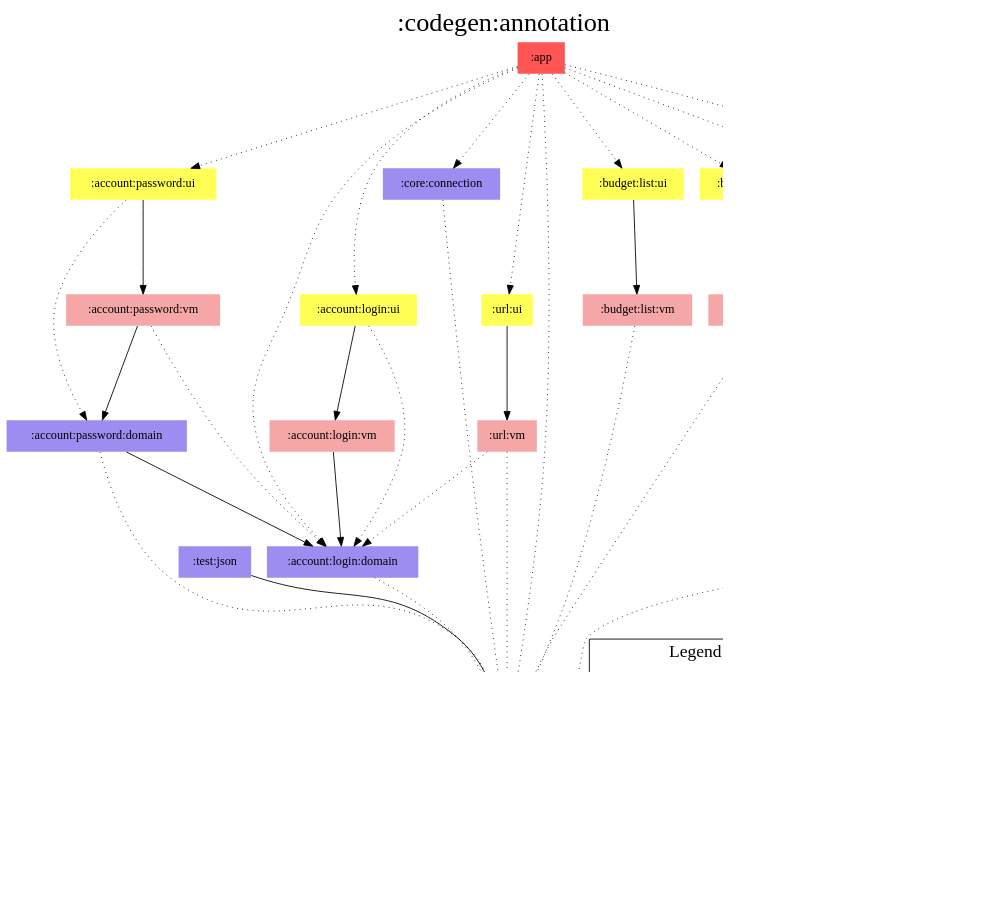
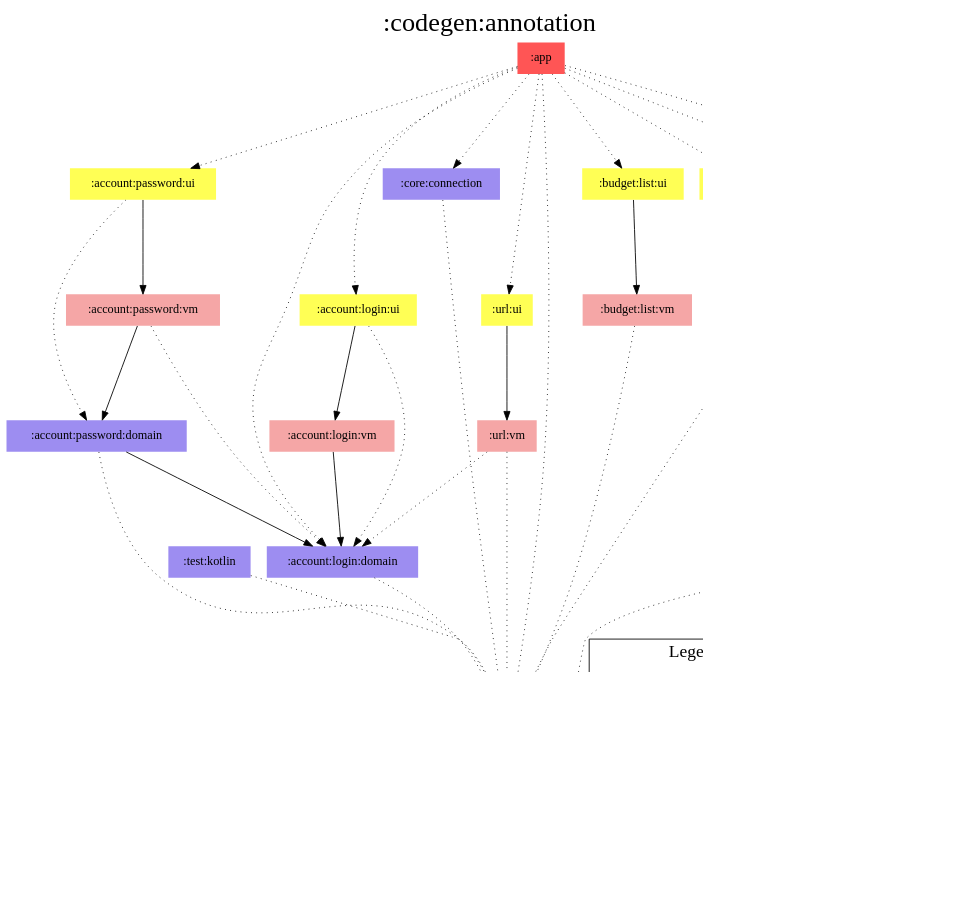
The diagram in modules/codegen/annotation/modules.dot (jonapoul/aktual), drawn with Graphviz before and after one commit. The commit also changed 217 other files, not shown here.

```diff
--- a/modules/codegen/annotation/modules.dot
+++ b/modules/codegen/annotation/modules.dot
@@ -1,83 +1,83 @@
 digraph {
 edge ["dir"="forward"]
 graph ["dpi"="100","label"=":codegen:annotation","labelloc"="t","fontsize"="30","ranksep"="1.5","rankdir"="TB"]
 node ["style"="filled"]
-":about:info:data" ["fillcolor"="#9D8DF1","shape"="none"]
-":about:info:ui" ["fillcolor"="#FFFF55","shape"="none"]
-":about:info:vm" ["fillcolor"="#F5A6A6","shape"="none"]
+":about:data" ["fillcolor"="#9D8DF1","shape"="none"]
+":about:ui" ["fillcolor"="#FFFF55","shape"="none"]
+":about:vm" ["fillcolor"="#F5A6A6","shape"="none"]
 ":account:login:domain" ["fillcolor"="#9D8DF1","shape"="none"]
 ":account:login:ui" ["fillcolor"="#FFFF55","shape"="none"]
 ":account:login:vm" ["fillcolor"="#F5A6A6","shape"="none"]
 ":account:password:domain" ["fillcolor"="#9D8DF1","shape"="none"]
 ":account:password:ui" ["fillcolor"="#FFFF55","shape"="none"]
 ":account:password:vm" ["fillcolor"="#F5A6A6","shape"="none"]
 ":api:actual" ["fillcolor"="#9D8DF1","shape"="none"]
 ":api:github" ["fillcolor"="#9D8DF1","shape"="none"]
 ":app" ["fillcolor"="#FF5555","shape"="none"]
 ":budget:list:ui" ["fillcolor"="#FFFF55","shape"="none"]
 ":budget:list:vm" ["fillcolor"="#F5A6A6","shape"="none"]
 ":budget:sync:ui" ["fillcolor"="#FFFF55","shape"="none"]
 ":budget:sync:vm" ["fillcolor"="#F5A6A6","shape"="none"]
 ":codegen:annotation" ["fillcolor"="#9D8DF1","color"="black","penwidth"="3","shape"="box"]
 ":codegen:ksp" ["fillcolor"="#8000FF","shape"="none"]
 ":core:connection" ["fillcolor"="#9D8DF1","shape"="none"]
 ":core:di" ["fillcolor"="#FCB103","shape"="none"]
-":test:json" ["fillcolor"="#9D8DF1","shape"="none"]
+":test:kotlin" ["fillcolor"="#9D8DF1","shape"="none"]
 ":url:ui" ["fillcolor"="#FFFF55","shape"="none"]
 ":url:vm" ["fillcolor"="#F5A6A6","shape"="none"]
 {
 edge ["dir"="none"]
 graph ["rank"="same"]
 ":codegen:annotation"
 }
-":about:info:data" -> ":api:github"
-":about:info:ui" -> ":about:info:vm"
-":about:info:vm" -> ":about:info:data"
+":about:data" -> ":api:github"
+":about:ui" -> ":about:vm"
+":about:vm" -> ":about:data"
 ":account:login:domain" -> ":api:actual" ["style"="dotted"]
 ":account:login:ui" -> ":account:login:domain" ["style"="dotted"]
 ":account:login:ui" -> ":account:login:vm"
 ":account:login:vm" -> ":account:login:domain"
 ":account:password:domain" -> ":account:login:domain"
 ":account:password:domain" -> ":api:actual" ["style"="dotted"]
 ":account:password:ui" -> ":account:password:domain" ["style"="dotted"]
 ":account:password:ui" -> ":account:password:vm"
 ":account:password:vm" -> ":account:login:domain" ["style"="dotted"]
 ":account:password:vm" -> ":account:password:domain"
 ":api:actual" -> ":codegen:annotation" ["style"="dotted"]
 ":api:github" -> ":codegen:annotation" ["style"="dotted"]
-":app" -> ":about:info:ui" ["style"="dotted"]
+":app" -> ":about:ui" ["style"="dotted"]
 ":app" -> ":account:login:domain" ["style"="dotted"]
 ":app" -> ":account:login:ui" ["style"="dotted"]
 ":app" -> ":account:password:ui" ["style"="dotted"]
 ":app" -> ":api:actual" ["style"="dotted"]
 ":app" -> ":budget:list:ui" ["style"="dotted"]
 ":app" -> ":budget:sync:ui" ["style"="dotted"]
 ":app" -> ":core:connection" ["style"="dotted"]
 ":app" -> ":core:di" ["style"="dotted"]
 ":app" -> ":url:ui" ["style"="dotted"]
 ":budget:list:ui" -> ":budget:list:vm"
 ":budget:list:vm" -> ":api:actual" ["style"="dotted"]
 ":budget:sync:ui" -> ":budget:sync:vm"
 ":budget:sync:vm" -> ":api:actual" ["style"="dotted"]
 ":codegen:ksp" -> ":codegen:annotation" ["style"="dotted"]
 ":core:connection" -> ":api:actual" ["style"="dotted"]
 ":core:di" -> ":api:github"
-":test:json" -> ":api:actual"
+":test:kotlin" -> ":api:actual" ["style"="dotted"]
 ":url:ui" -> ":url:vm"
 ":url:vm" -> ":account:login:domain" ["style"="dotted"]
 ":url:vm" -> ":api:actual" ["style"="dotted"]
 subgraph "cluster_legend" {
 edge ["dir"="none"]
 graph ["label"="Legend","fontsize"="20"]
 "Legend" ["style"="filled","fillcolor"="#FFFFFF","shape"="none","margin"="0","fontsize"="15","label"=<
 <TABLE BORDER="0" CELLBORDER="0" CELLSPACING="0" CELLPADDING="4">
 <TR><TD>App</TD><TD BGCOLOR="#FF5555">module-name</TD></TR>
 <TR><TD>ViewModel</TD><TD BGCOLOR="#F5A6A6">module-name</TD></TR>
 <TR><TD>Hilt</TD><TD BGCOLOR="#FCB103">module-name</TD></TR>
 <TR><TD>Compose</TD><TD BGCOLOR="#FFFF55">module-name</TD></TR>
 <TR><TD>Multiplatform</TD><TD BGCOLOR="#9D8DF1">module-name</TD></TR>
 <TR><TD>JVM</TD><TD BGCOLOR="#8000FF">module-name</TD></TR>
 </TABLE>
 >]
 } -> ":codegen:annotation" ["style"="invis"]
 }
```
